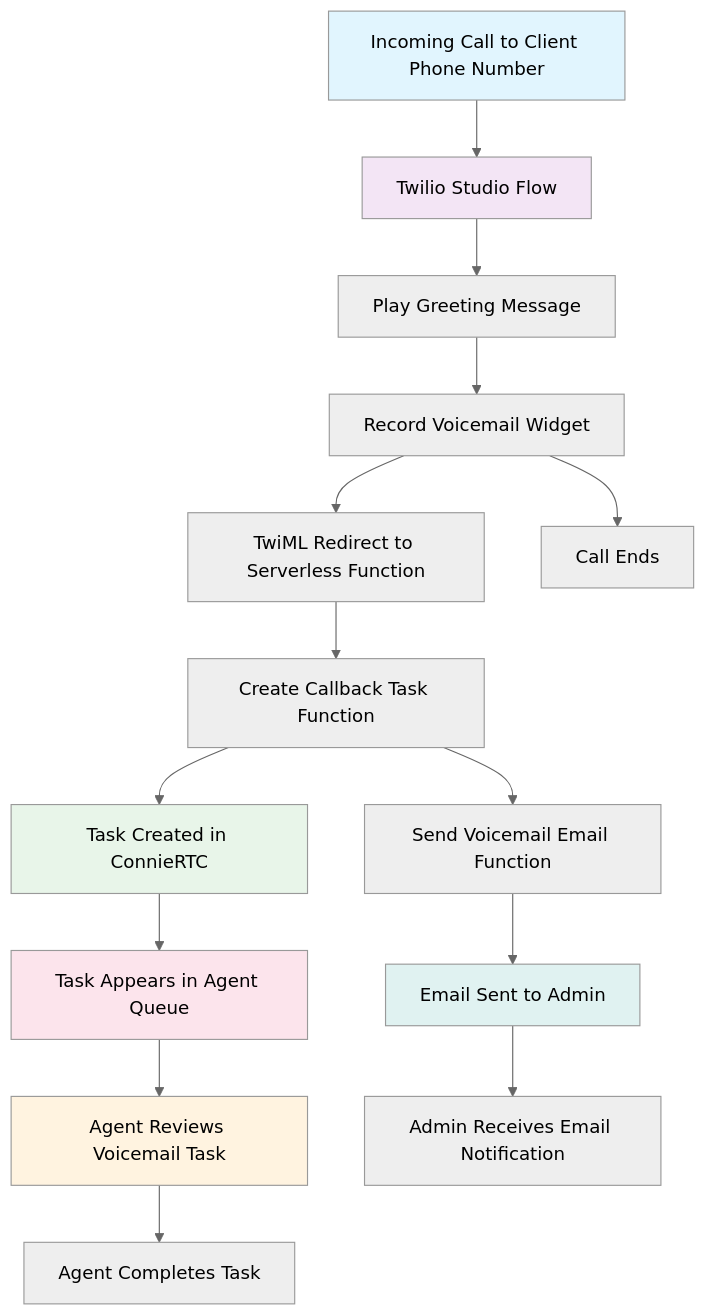
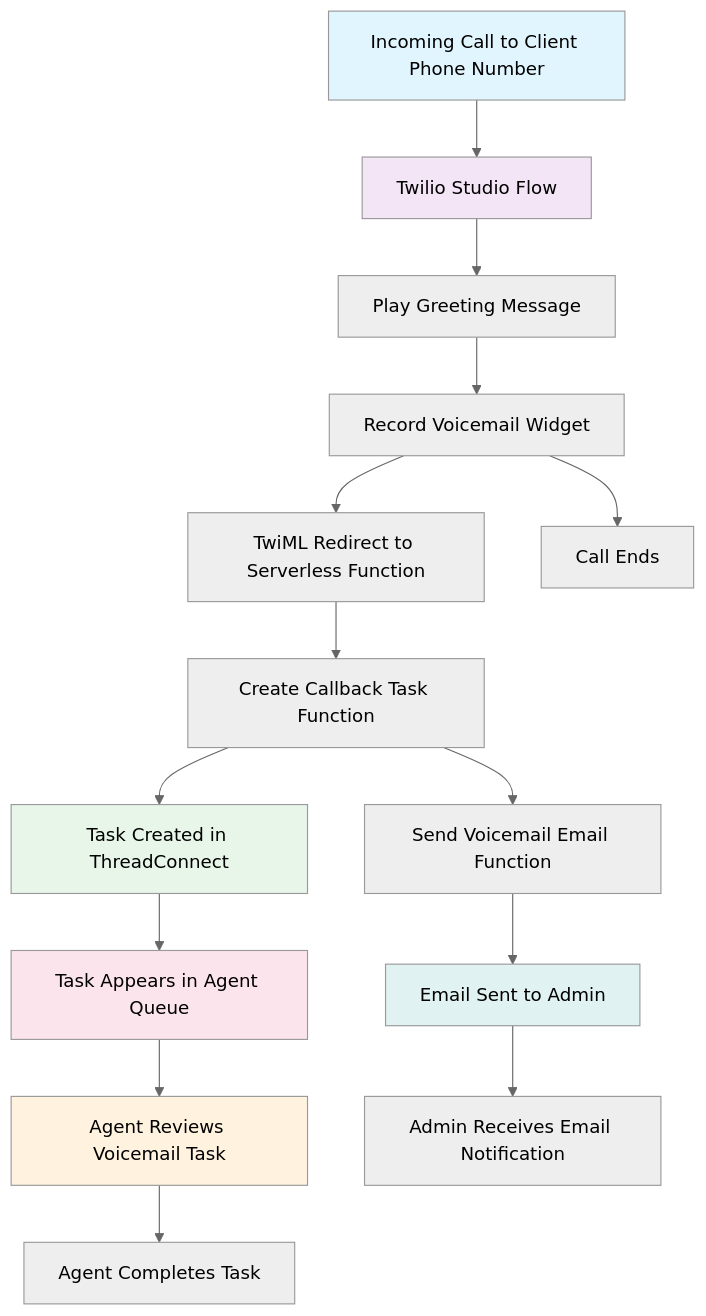
One commit to ConnieML/docs.connie changed the first of 2 diagrams in docs/techops/feature-deployment/feature-management/channels/voice/voice-direct-architecture.md. Above: the diagram before and after it, drawn with Mermaid (neutral theme). The commit also changed other lines of this file and 129 other files, not shown here.

First line of the commit message:
Rebrand ConnieRTC -> ThreadConnect across docs (CEO approval 2026-10-30, round 2)

````diff
--- a/docs/techops/feature-deployment/feature-management/channels/voice/voice-direct-architecture.md
+++ b/docs/techops/feature-deployment/feature-management/channels/voice/voice-direct-architecture.md
@@ -24,23 +24,23 @@
 ```mermaid
 flowchart TB
     A[Incoming Call to Client Phone Number] --> B[Twilio Studio Flow]
     B --> C[Play Greeting Message]
     C --> D[Record Voicemail Widget]
     D --> E[TwiML Redirect to Serverless Function]
     E --> F[Create Callback Task Function]
-    F --> G[Task Created in ConnieRTC]
+    F --> G[Task Created in ThreadConnect]
     F --> H[Send Voicemail Email Function]
     G --> I[Task Appears in Agent Queue]
     H --> J[Email Sent to Admin]
     I --> K[Agent Reviews Voicemail Task]
     J --> L[Admin Receives Email Notification]
     K --> M[Agent Completes Task]
     D --> N[Call Ends]
     
     style A fill:#e1f5fe
     style B fill:#f3e5f5
     style G fill:#e8f5e9
     style I fill:#fce4ec
     style K fill:#fff3e0
     style J fill:#e0f2f1
 ```
````
